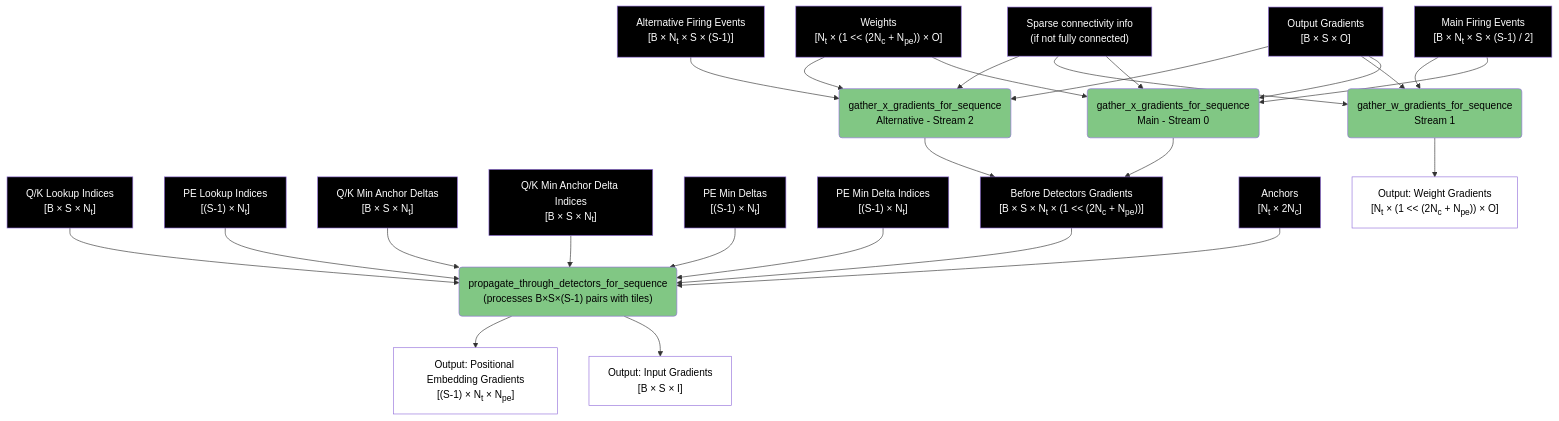
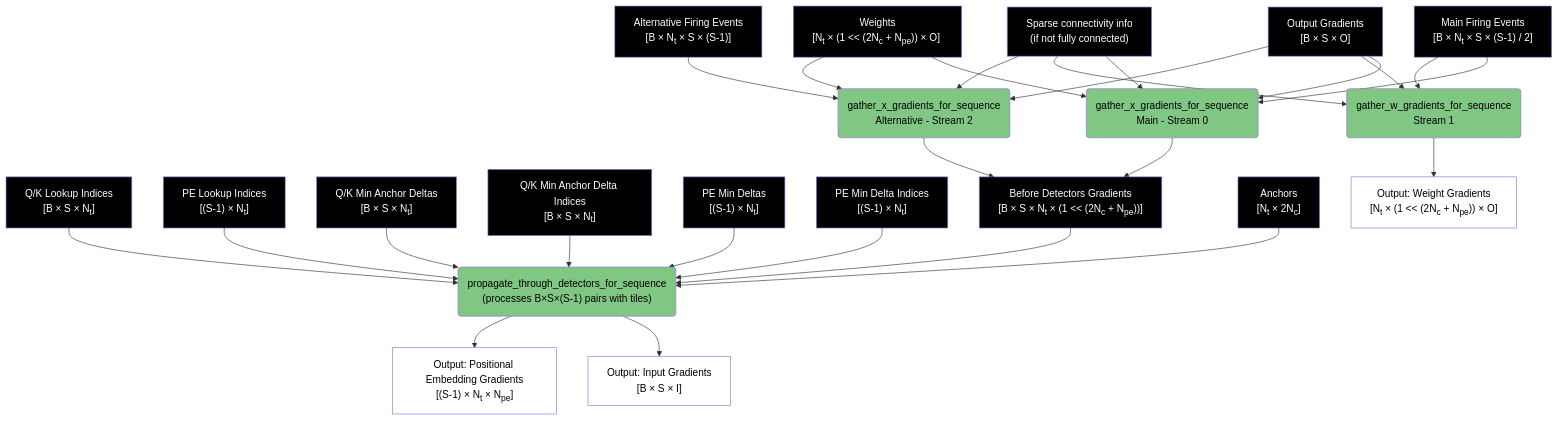
The sixth of 6 diagrams in spiky_cuda/lut/doc/LUT_RUNTIME_DATA_FLOW.md (anatoli-starostin/spiky), drawn with Mermaid before and after one commit. The commit also changed other lines of this file, not shown here.

Commit message:
LUT in progress

````diff
--- a/spiky_cuda/lut/doc/LUT_RUNTIME_DATA_FLOW.md
+++ b/spiky_cuda/lut/doc/LUT_RUNTIME_DATA_FLOW.md
@@ -219,57 +219,57 @@
 ```mermaid
 flowchart TD
     A["Output Gradients<br/>[B × S × O]"] --> B("gather_x_gradients_for_sequence<br/>Main - Stream 0")
     A --> C("gather_w_gradients_for_sequence<br/>Stream 1")
     A --> D("gather_x_gradients_for_sequence<br/>Alternative - Stream 2")
     
     E["Main Firing Events<br/>[B × N<sub>t</sub> × S × (S-1) / 2]"] --> B
     E --> C
     F["Alternative Firing Events<br/>[B × N<sub>t</sub> × S × (S-1)]"] --> D
     
     L3["Q/K Lookup Indices<br/>[B × S × N<sub>t</sub>]"] --> I
     L4["PE Lookup Indices<br/>[(S-1) × N<sub>t</sub>]"] --> I
     M5["Q/K Min Anchor Deltas<br/>[B × S × N<sub>t</sub>]"] --> I
     M6["Q/K Min Anchor Delta Indices<br/>[B × S × N<sub>t</sub>]"] --> I
     M7["PE Min Deltas<br/>[(S-1) × N<sub>t</sub>]"] --> I
     M8["PE Min Delta Indices<br/>[(S-1) × N<sub>t</sub>]"] --> I
     
-    W6["Weights<br/>[N<sub>t</sub>&nbsp;×&nbsp;(1&nbsp;<<&nbsp;(2N<sub>c</sub>&nbsp;+&nbsp;N<sub>pe</sub>))&nbsp;×&nbsp;O]"] --> B
+    W6["Weights<br/>[N<sub>t</sub>&nbsp;×&nbsp;(1&nbsp;<<&nbsp;(2N<sub>c</sub>&nbsp;+&nbsp;N<sub>pe</sub>))&nbsp;×&nbsp;O]&nbsp;"] --> B
     W6 --> D
     SC4["Sparse connectivity info<br/>(if not fully connected)"] --> B
     SC4 --> C
     SC4 --> D
     
     B --> G["Before Detectors Gradients<br/>[B&nbsp;×&nbsp;S&nbsp;×&nbsp;N<sub>t</sub>&nbsp;×&nbsp;(1&nbsp;<<&nbsp;(2N<sub>c</sub>&nbsp;+&nbsp;N<sub>pe</sub>))]"]
     D --> G
     
     D6["Anchors<br/>[N<sub>t</sub> × 2N<sub>c</sub>]"] --> I("propagate_through_detectors_for_sequence<br/>(processes B×S×(S-1) pairs with tiles)")
     G --> I
     
     I --> J["Output: Input Gradients<br/>[B × S × I]"]
     I --> K["Output: Positional Embedding Gradients<br/>[(S-1) × N<sub>t</sub> × N<sub>pe</sub>]"]
     
     C --> H["Output: Weight Gradients<br/>[N<sub>t</sub>&nbsp;×&nbsp;(1&nbsp;<<&nbsp;(2N<sub>c</sub>&nbsp;+&nbsp;N<sub>pe</sub>))&nbsp;×&nbsp;O]"]
     
     style B fill:#81c784,color:#000000
     style C fill:#81c784,color:#000000
     style D fill:#81c784,color:#000000
     style I fill:#81c784,color:#000000
     style H fill:#ffffff,color:#000000
     style J fill:#ffffff,color:#000000
     style K fill:#ffffff,color:#000000
     style A fill:#000000,color:#ffffff
     style W6 fill:#000000,color:#ffffff
     style E fill:#000000,color:#ffffff
     style F fill:#000000,color:#ffffff
     style L3 fill:#000000,color:#ffffff
     style L4 fill:#000000,color:#ffffff
     style M5 fill:#000000,color:#ffffff
     style M6 fill:#000000,color:#ffffff
     style M7 fill:#000000,color:#ffffff
     style M8 fill:#000000,color:#ffffff
     style D6 fill:#000000,color:#ffffff
     style SC4 fill:#000000,color:#ffffff
     style G fill:#000000,color:#ffffff
     style E fill:#000000,color:#ffffff
     style F fill:#000000,color:#ffffff
 ```
````
